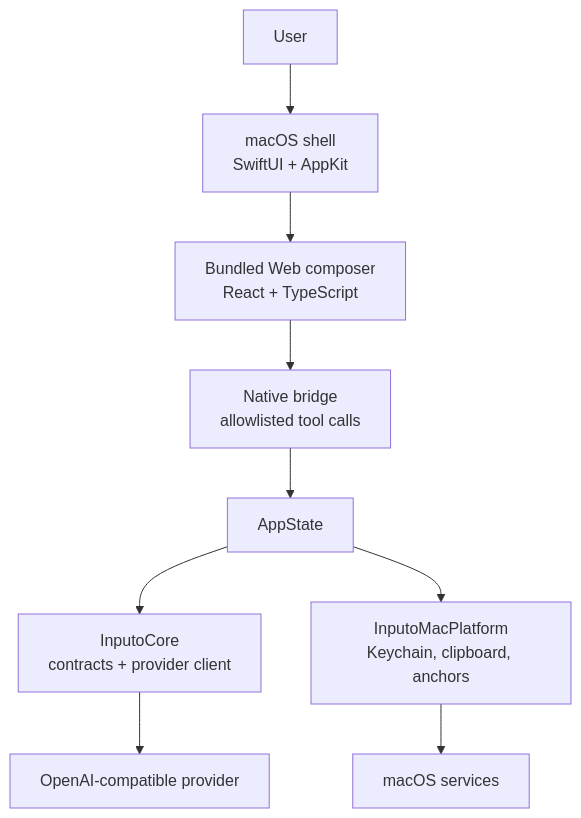
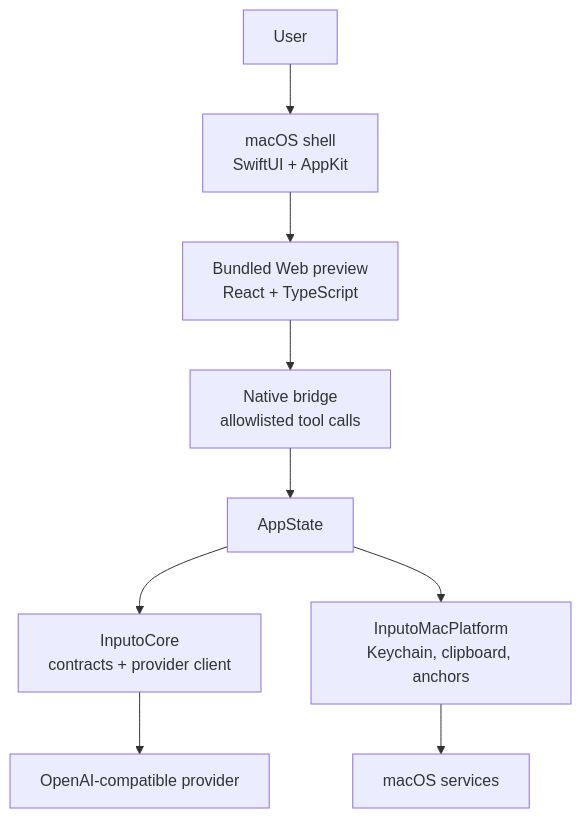
The diagram in README.md (wnbotoo/Inputo), drawn with Mermaid before and after one commit. The commit also changed other lines of this file and 29 other files, not shown here.

````diff
--- a/README.md
+++ b/README.md
@@ -92,21 +94,21 @@
 ```mermaid
 flowchart TB
   user["User"]
   shell["macOS shell\nSwiftUI + AppKit"]
-  web["Bundled Web composer\nReact + TypeScript"]
+  web["Bundled Web preview\nReact + TypeScript"]
   bridge["Native bridge\nallowlisted tool calls"]
   state["AppState"]
   core["InputoCore\ncontracts + provider client"]
   platform["InputoMacPlatform\nKeychain, clipboard, anchors"]
   provider["OpenAI-compatible provider"]
   os["macOS services"]
 
   user --> shell
   shell --> web
   web --> bridge
   bridge --> state
   state --> core
   state --> platform
   core --> provider
   platform --> os
 ```
````
